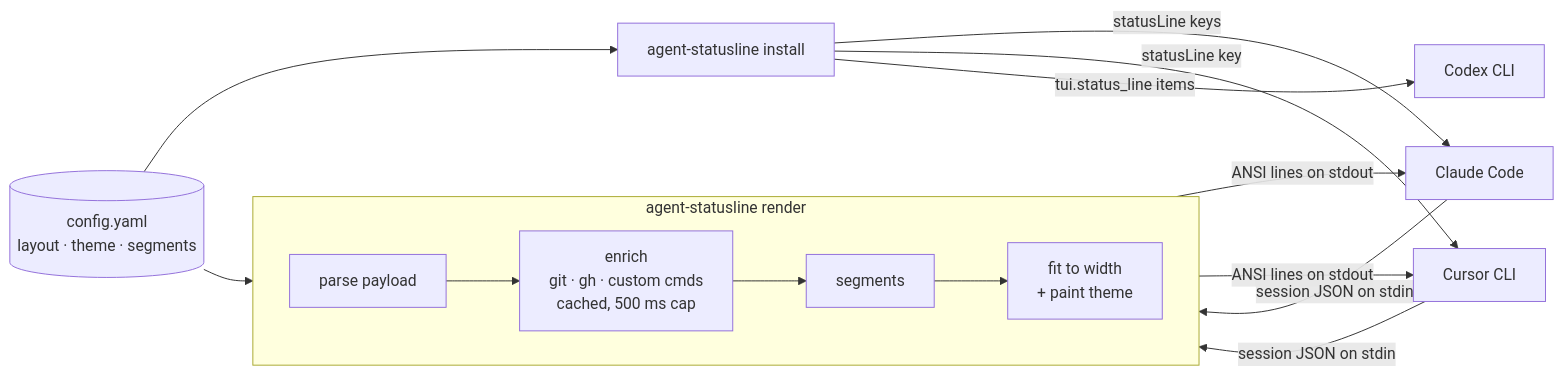
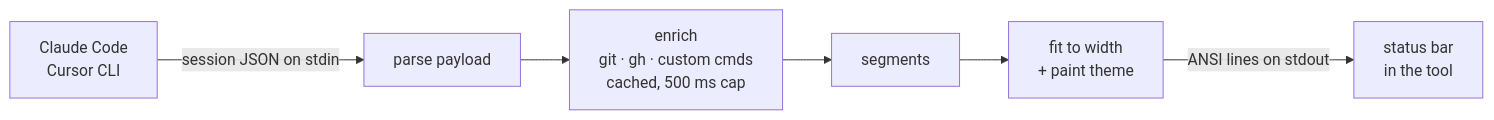
Before and after one commit to joshi008/agent-statusline: the first of 2 diagrams in README.md, drawn with Mermaid. The commit also changed other lines of this file, not shown here.

Commit message:
docs: split the README flow diagram into render and install diagrams

````diff
--- a/README.md
+++ b/README.md
@@ -33,17 +35,8 @@
 ```mermaid
 flowchart LR
-  CFG[(config.yaml<br/>layout · theme · segments)] --> ENGINE
-  CC[Claude Code] -- session JSON on stdin --> ENGINE
-  CU[Cursor CLI] -- session JSON on stdin --> ENGINE
-  subgraph ENGINE["agent-statusline render"]
-    direction LR
-    P[parse payload] --> EN[enrich<br/>git · gh · custom cmds<br/>cached, 500 ms cap]
-    EN --> S[segments] --> L[fit to width<br/>+ paint theme]
-  end
-  L -- ANSI lines on stdout --> CC
-  L -- ANSI lines on stdout --> CU
-  CFG --> INST[agent-statusline install]
-  INST -- statusLine keys --> CC
-  INST -- statusLine key --> CU
-  INST -- tui.status_line items --> CX[Codex CLI]
+  T["Claude Code<br/>Cursor CLI"] -- "session JSON on stdin" --> P[parse payload]
+  P --> E["enrich<br/>git · gh · custom cmds<br/>cached, 500 ms cap"]
+  E --> S[segments]
+  S --> F["fit to width<br/>+ paint theme"]
+  F -- "ANSI lines on stdout" --> B["status bar<br/>in the tool"]
 ```
````
